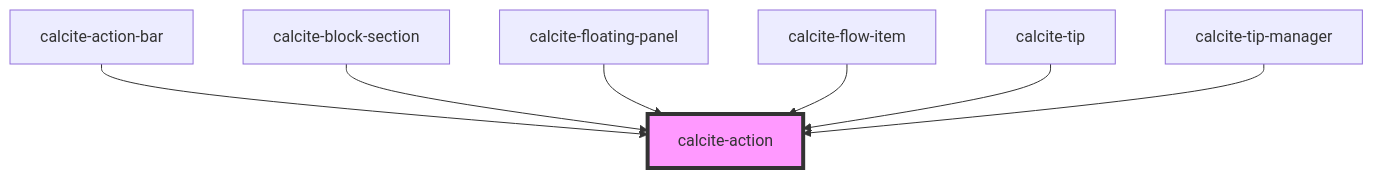
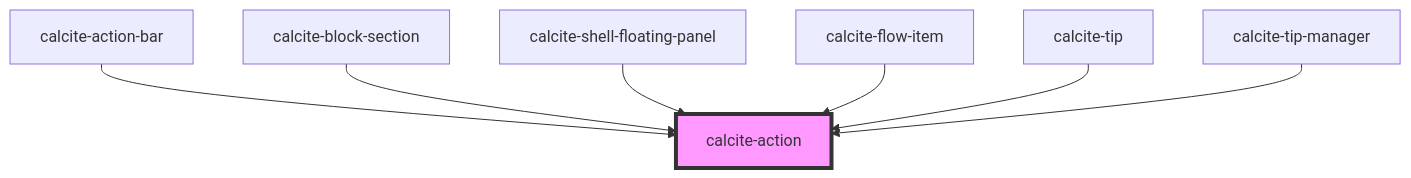
Before and after one commit to Esri/calcite-app-components: the diagram in src/components/calcite-action/readme.md, drawn with Mermaid. The commit also changed other lines of this file and 16 other files, not shown here.

````diff
--- a/src/components/calcite-action/readme.md
+++ b/src/components/calcite-action/readme.md
@@ -36,10 +35,10 @@
 ```mermaid
 graph TD;
   calcite-action-bar --> calcite-action
   calcite-block-section --> calcite-action
-  calcite-floating-panel --> calcite-action
+  calcite-shell-floating-panel --> calcite-action
   calcite-flow-item --> calcite-action
   calcite-tip --> calcite-action
   calcite-tip-manager --> calcite-action
   style calcite-action fill:#f9f,stroke:#333,stroke-width:4px
 ```
````
